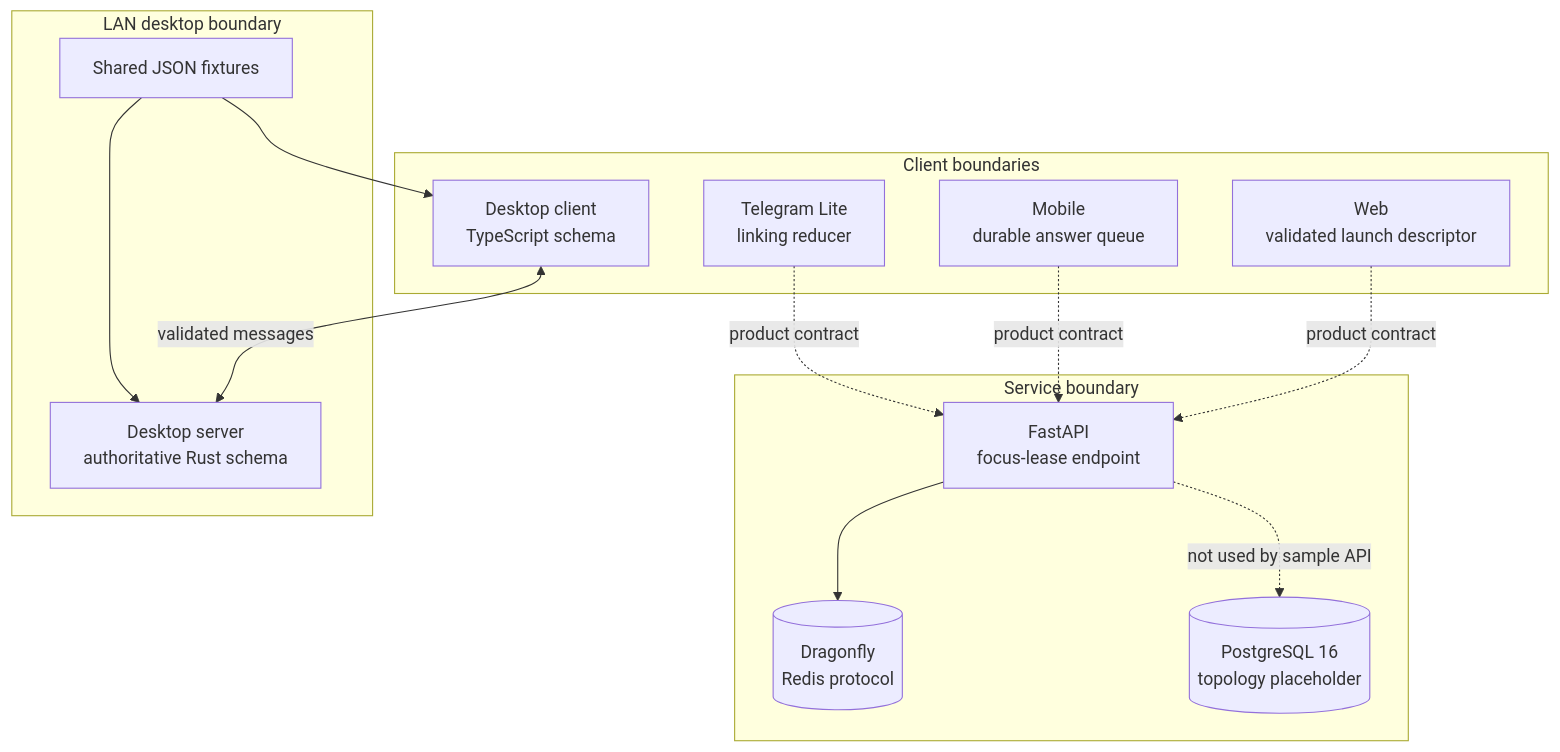
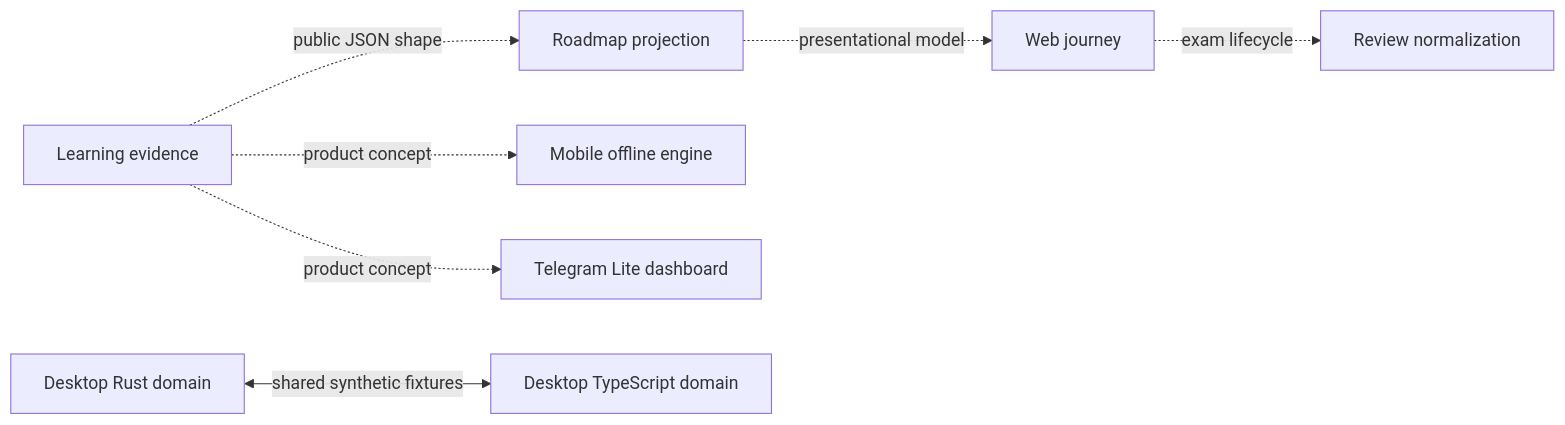
Before and after one commit to salohiddinyoqubov/onless-for-pta: the first of 2 diagrams in docs/architecture.md, drawn with Mermaid. The commit also changed other lines of this file and 11 other files, not shown here.

````diff
--- a/docs/architecture.md
+++ b/docs/architecture.md
@@ -7,29 +17,9 @@
 ```mermaid
-flowchart TB
-    subgraph Clients[Client boundaries]
-        Web[Web<br/>validated launch descriptor]
-        Mobile[Mobile<br/>durable answer queue]
-        Telegram[Telegram Lite<br/>linking reducer]
-        DesktopTS[Desktop client<br/>TypeScript schema]
-    end
-
-    subgraph Service[Service boundary]
-        API[FastAPI<br/>focus-lease endpoint]
-        Cache[(Dragonfly<br/>Redis protocol)]
-        Database[(PostgreSQL 16<br/>topology placeholder)]
-    end
-
-    subgraph Desktop[LAN desktop boundary]
-        DesktopRust[Desktop server<br/>authoritative Rust schema]
-        Fixtures[Shared JSON fixtures]
-    end
-
-    Web -. product contract .-> API
-    Mobile -. product contract .-> API
-    Telegram -. product contract .-> API
-    API --> Cache
-    API -. not used by sample API .-> Database
-    DesktopTS <-->|validated messages| DesktopRust
-    Fixtures --> DesktopTS
-    Fixtures --> DesktopRust
+flowchart LR
+    Evidence[Learning evidence] -. public JSON shape .-> Roadmap[Roadmap projection]
+    Roadmap -. presentational model .-> Web[Web journey]
+    Evidence -. product concept .-> Mobile[Mobile offline engine]
+    Evidence -. product concept .-> Telegram[Telegram Lite dashboard]
+    Web -. exam lifecycle .-> Review[Review normalization]
+    DesktopRust[Desktop Rust domain] <-->|shared synthetic fixtures| DesktopTS[Desktop TypeScript domain]
 ```
````
